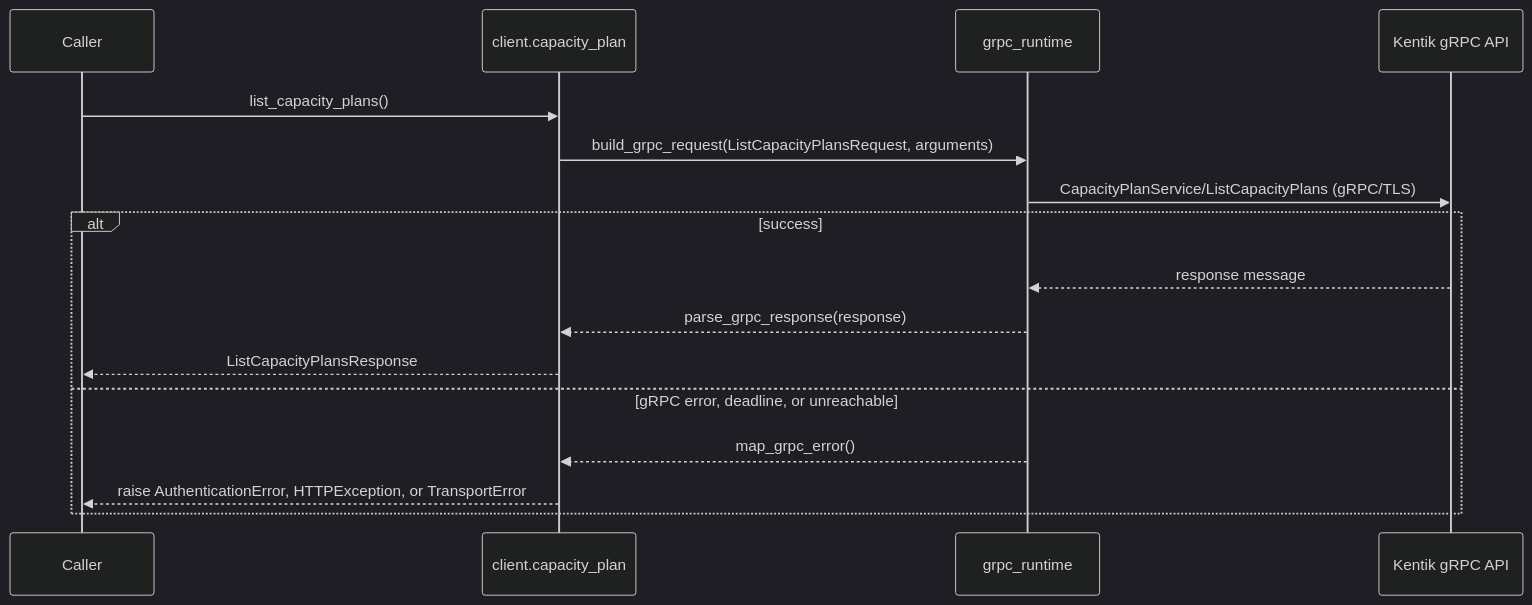
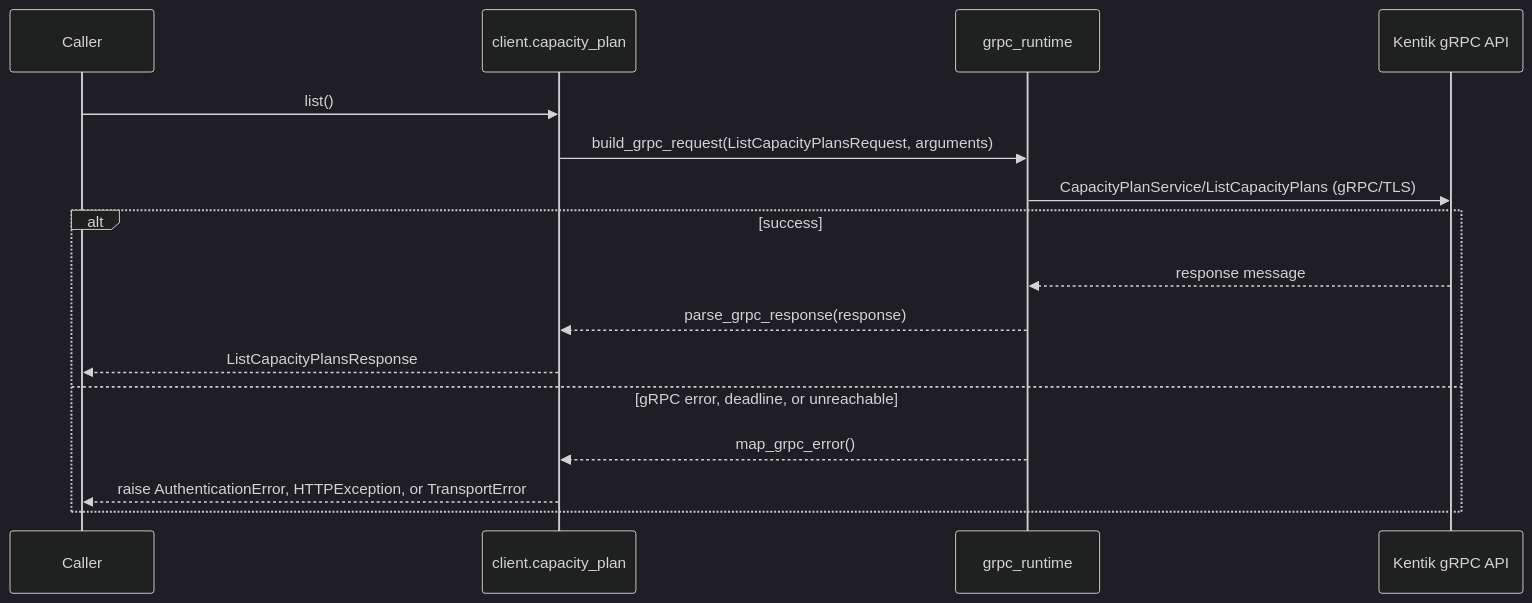
Before and after one commit to alexdearaujo/community_sdk_python: the third of 10 diagrams in docs/sphinx/services/capacity_plan.md, drawn with Mermaid (dark theme). The commit also changed other lines of this file and 119 other files, not shown here.

````diff
--- a/docs/sphinx/services/capacity_plan.md
+++ b/docs/sphinx/services/capacity_plan.md
@@ -59,19 +59,19 @@
 ```mermaid
 sequenceDiagram
     participant C as Caller
     participant W as client.capacity_plan
     participant R as grpc_runtime
     participant API as Kentik gRPC API
 
-    C->>W: list_capacity_plans()
+    C->>W: list()
     W->>R: build_grpc_request(ListCapacityPlansRequest, arguments)
     R->>API: CapacityPlanService/ListCapacityPlans (gRPC/TLS)
     alt success
         API-->>R: response message
         R-->>W: parse_grpc_response(response)
         W-->>C: ListCapacityPlansResponse
     else gRPC error, deadline, or unreachable
         R-->>W: map_grpc_error()
         W-->>C: raise AuthenticationError, HTTPException, or TransportError
     end
 ```
````
